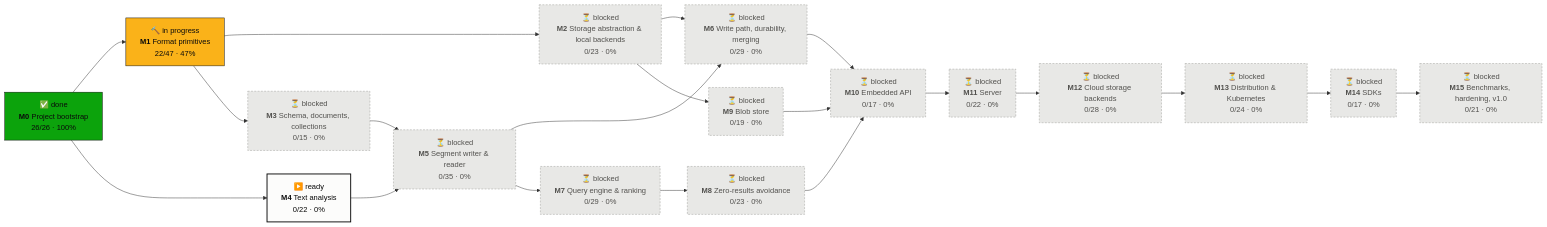
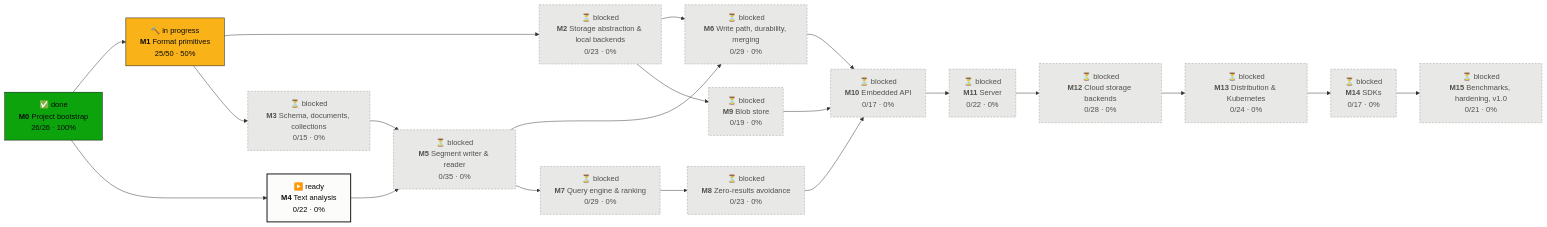
One commit to tomiok/persiaDB changed the first of 2 diagrams in PROGRESS.md. Above: the diagram before and after it, drawn with Mermaid. The commit also changed other lines of this file and 10 other files, not shown here.

First line of the commit message:
fix(format): address batch review of 1.4.1-1.4.3; tick ROADMAP 1.4

````diff
--- a/PROGRESS.md
+++ b/PROGRESS.md
@@ -14,42 +14,42 @@
 ```mermaid
 flowchart LR
   M0["✅ done<br/><b>M0</b> Project bootstrap<br/>26/26 · 100%"]:::done
-  M1["🔨 in progress<br/><b>M1</b> Format primitives<br/>22/47 · 47%"]:::doing
+  M1["🔨 in progress<br/><b>M1</b> Format primitives<br/>25/50 · 50%"]:::doing
   M2["⏳ blocked<br/><b>M2</b> Storage abstraction & local backends<br/>0/23 · 0%"]:::blocked
   M3["⏳ blocked<br/><b>M3</b> Schema, documents, collections<br/>0/15 · 0%"]:::blocked
   M4["▶️ ready<br/><b>M4</b> Text analysis<br/>0/22 · 0%"]:::ready
   M5["⏳ blocked<br/><b>M5</b> Segment writer & reader<br/>0/35 · 0%"]:::blocked
   M6["⏳ blocked<br/><b>M6</b> Write path, durability, merging<br/>0/29 · 0%"]:::blocked
   M7["⏳ blocked<br/><b>M7</b> Query engine & ranking<br/>0/29 · 0%"]:::blocked
   M8["⏳ blocked<br/><b>M8</b> Zero-results avoidance<br/>0/23 · 0%"]:::blocked
   M9["⏳ blocked<br/><b>M9</b> Blob store<br/>0/19 · 0%"]:::blocked
   M10["⏳ blocked<br/><b>M10</b> Embedded API<br/>0/17 · 0%"]:::blocked
   M11["⏳ blocked<br/><b>M11</b> Server<br/>0/22 · 0%"]:::blocked
   M12["⏳ blocked<br/><b>M12</b> Cloud storage backends<br/>0/28 · 0%"]:::blocked
   M13["⏳ blocked<br/><b>M13</b> Distribution & Kubernetes<br/>0/24 · 0%"]:::blocked
   M14["⏳ blocked<br/><b>M14</b> SDKs<br/>0/17 · 0%"]:::blocked
   M15["⏳ blocked<br/><b>M15</b> Benchmarks, hardening, v1.0<br/>0/21 · 0%"]:::blocked
   M0 --> M1
   M1 --> M2
   M1 --> M3
   M0 --> M4
   M3 --> M5
   M4 --> M5
   M2 --> M6
   M5 --> M6
   M5 --> M7
   M7 --> M8
   M2 --> M9
   M6 --> M10
   M8 --> M10
   M9 --> M10
   M10 --> M11
   M11 --> M12
   M12 --> M13
   M13 --> M14
   M14 --> M15
   classDef done fill:#0ca30c,stroke:#0b0b0b,color:#0b0b0b
   classDef doing fill:#fab219,stroke:#0b0b0b,color:#0b0b0b
   classDef ready fill:#fcfcfb,stroke:#0b0b0b,stroke-width:2px,color:#0b0b0b
   classDef blocked fill:#e8e8e6,stroke:#9a9a96,stroke-dasharray:4 3,color:#52514e
 ```
````
